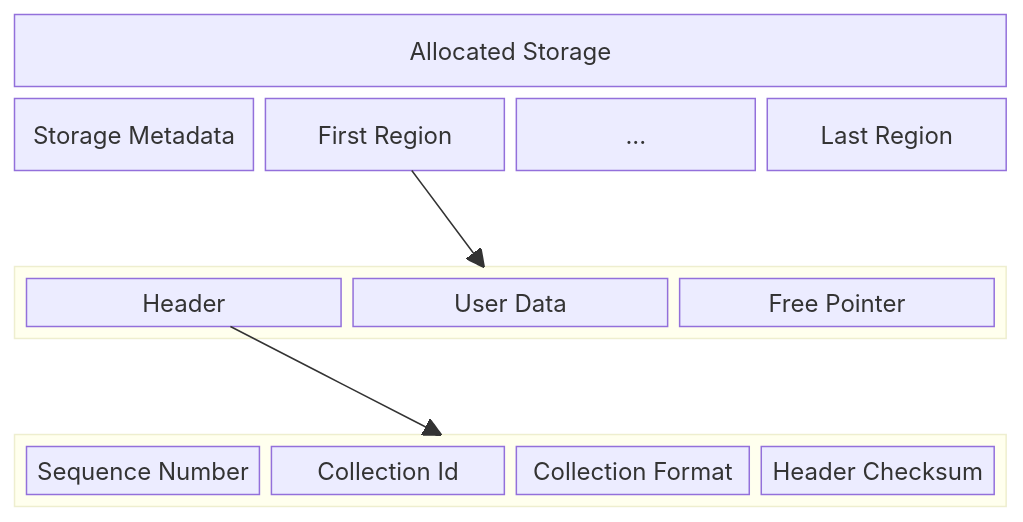
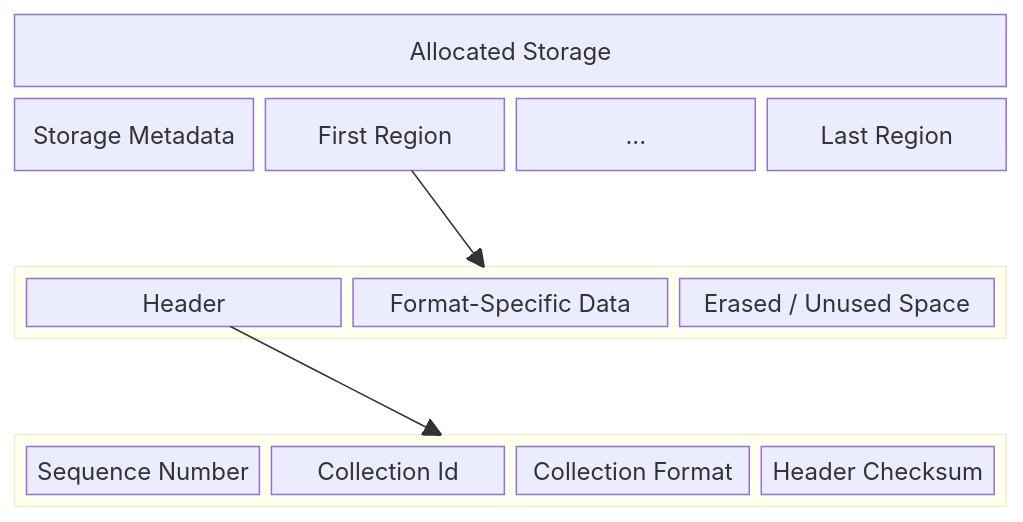
One commit to moore/borromean changed the diagram in spec/ring/05-disk-format.md. Above: the diagram before and after it, drawn with Mermaid. The commit also changed other lines of this file and 10 other files, not shown here.

````diff
--- a/spec/ring/05-disk-format.md
+++ b/spec/ring/05-disk-format.md
@@ -187,24 +190,24 @@
 ```mermaid
 block-beta
  columns 4
  Storage["Allocated Storage"]:4
  Meta["Storage Metadata"]
  R1["First Region"]
  e1["..."]
  R2["Last Region"]
  space:4
  block:exp:4
-  h1["Header"]
-  d1["User Data"]
-  a1["Free Pointer"]
+ h1["Header"]
+  d1["Format-Specific Data"]
+  a1["Erased / Unused Space"]
  end
  space:4
  block:header:4
   s1["Sequence Number"]
   cid["Collection Id"]
   type["Collection Format"]
   check["Header Checksum"]
  end
  R1 --> exp
  h1 --> header
 ```
````
